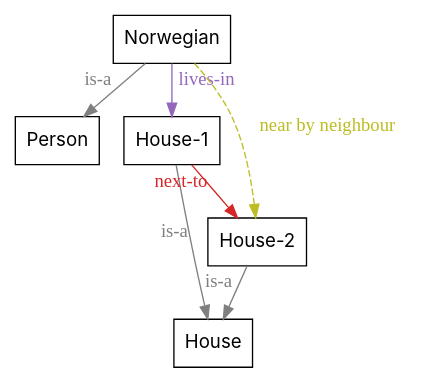
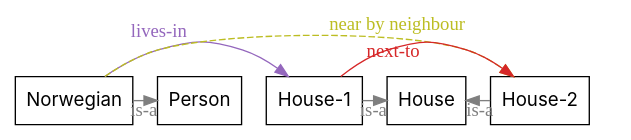
The diagram in docs/ein/reasoning/02-kb-evolution/diagrams/01-after-firing.dot (agutikov/ein), drawn with Graphviz before and after one commit. The commit also changed 29 other files, not shown here.

```diff
--- a/docs/ein/reasoning/02-kb-evolution/diagrams/01-after-firing.dot
+++ b/docs/ein/reasoning/02-kb-evolution/diagrams/01-after-firing.dot
@@ -1,11 +1,13 @@
 digraph kb {
   rankdir=TB;
   ranksep=0.55;
   node [fontname="Inter", shape=box];
-  "Norwegian" -> "Person" [xlabel="is-a", color="#7f7f7f", fontcolor="#7f7f7f", style=solid];
-  "House-1" -> "House" [xlabel="is-a", color="#7f7f7f", fontcolor="#7f7f7f", style=solid];
-  "House-2" -> "House" [xlabel="is-a", color="#7f7f7f", fontcolor="#7f7f7f", style=solid];
-  "Norwegian" -> "House-1" [xlabel="lives-in", color="#9467bd", fontcolor="#9467bd", style=solid];
-  "House-1" -> "House-2" [xlabel="next-to", color="#d62728", fontcolor="#d62728", style=solid];
-  "Norwegian" -> "House-2" [xlabel="near by neighbour", color="#bcbd22", fontcolor="#bcbd22", style=dashed];
+  "Norwegian" -> "Person" [xlabel="is-a", color="#7f7f7f", fontcolor="#7f7f7f", style=solid, constraint=false];
+  "House-1" -> "House" [xlabel="is-a", color="#7f7f7f", fontcolor="#7f7f7f", style=solid, constraint=false];
+  "House-2" -> "House" [xlabel="is-a", color="#7f7f7f", fontcolor="#7f7f7f", style=solid, constraint=false];
+  "Norwegian" -> "House-1" [xlabel="lives-in", color="#9467bd", fontcolor="#9467bd", style=solid, constraint=false];
+  "House-1" -> "House-2" [xlabel="next-to", color="#d62728", fontcolor="#d62728", style=solid, constraint=false];
+  "Norwegian" -> "House-2" [xlabel="near by neighbour", color="#bcbd22", fontcolor="#bcbd22", style=dashed, constraint=false];
+  "layer 0" [style=invis, label="", width=0, height=0, fixedsize=true];
+  { rank=same; "layer 0"; "Norwegian"; "Person"; "House-1"; "House"; "House-2"; }
 }
```
